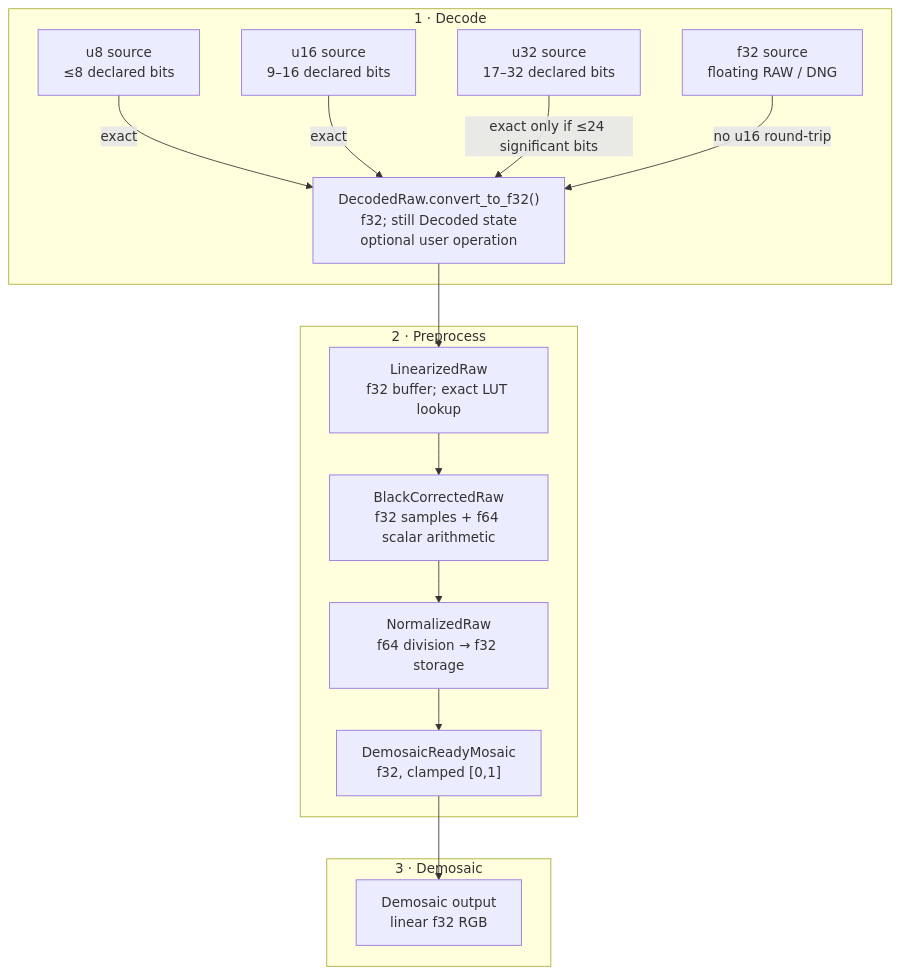
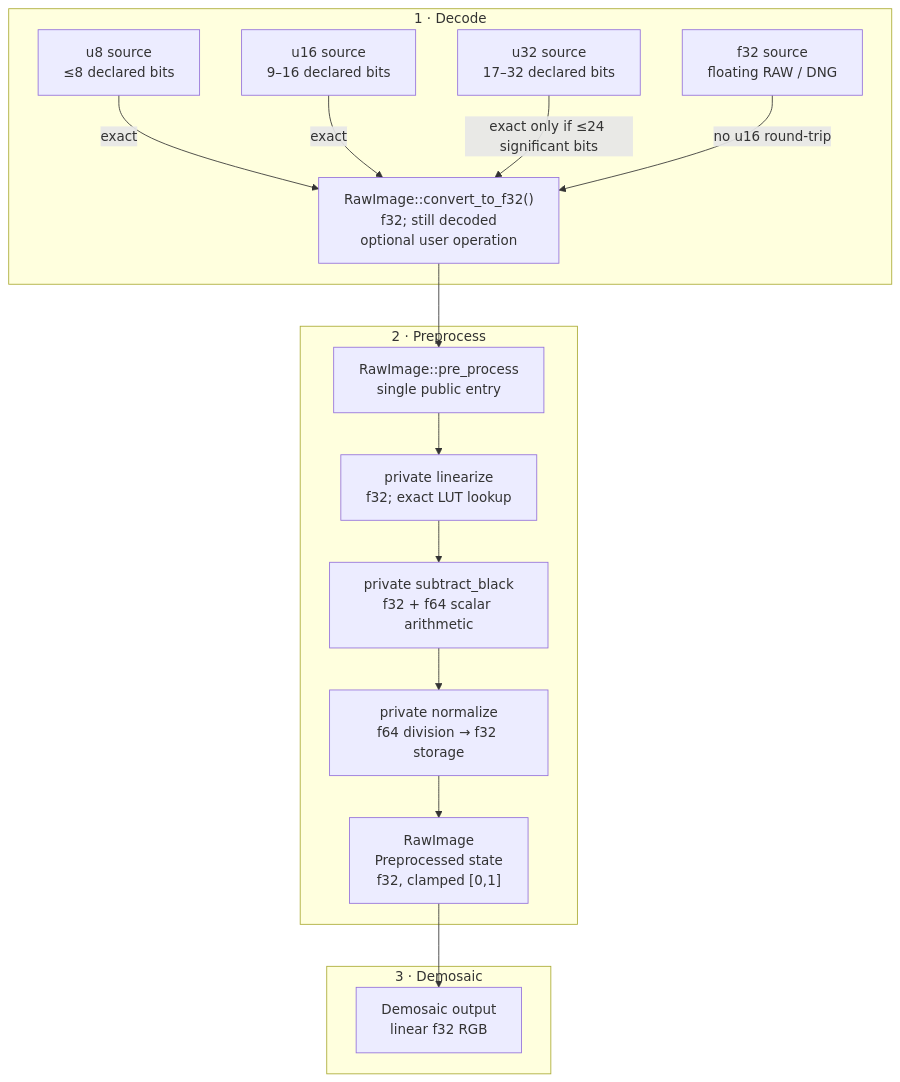
The diagram in docs/raw-pipeline/precision.md (Glatzel/fornax), drawn with Mermaid before and after one commit. The commit also changed other lines of this file and 11 other files, not shown here.

Commit message:
refactor(impl-core-001): simplify RawImage preprocessing model

````diff
--- a/docs/raw-pipeline/precision.md
+++ b/docs/raw-pipeline/precision.md
@@ -10,32 +10,34 @@
 ```mermaid
 flowchart TD
     subgraph DecodePhase["1 · Decode"]
         U8["u8 source\n≤8 declared bits"]
         U16["u16 source\n9–16 declared bits"]
         U32["u32 source\n17–32 declared bits"]
         F32S["f32 source\nfloating RAW / DNG"]
-        Work["DecodedRaw.convert_to_f32()\nf32; still Decoded state\noptional user operation"]
+        Work["RawImage::convert_to_f32()\nf32; still decoded\noptional user operation"]
     end
 
     U8 -->|exact| Work
     U16 -->|exact| Work
     U32 -->|"exact only if ≤24 significant bits"| Work
     F32S -->|no u16 round-trip| Work
 
     subgraph PreprocessPhase["2 · Preprocess"]
-        Linear["LinearizedRaw\nf32 buffer; exact LUT lookup"]
-        Subtract["BlackCorrectedRaw\nf32 samples + f64 scalar arithmetic"]
-        Normalize["NormalizedRaw\nf64 division → f32 storage"]
-        Ready["DemosaicReadyMosaic\nf32, clamped [0,1]"]
+        Preprocess["RawImage::pre_process\nsingle public entry"]
+        Linear["private linearize\nf32; exact LUT lookup"]
+        Subtract["private subtract_black\nf32 + f64 scalar arithmetic"]
+        Normalize["private normalize\nf64 division → f32 storage"]
+        Ready["RawImage\nPreprocessed state\nf32, clamped [0,1]"]
     end
 
     subgraph DemosaicPhase["3 · Demosaic"]
         Demo["Demosaic output\nlinear f32 RGB"]
     end
 
-    Work --> Linear
+    Work --> Preprocess
+    Preprocess --> Linear
     Linear --> Subtract
     Subtract --> Normalize
     Normalize --> Ready
     Ready --> Demo
 ```
````
